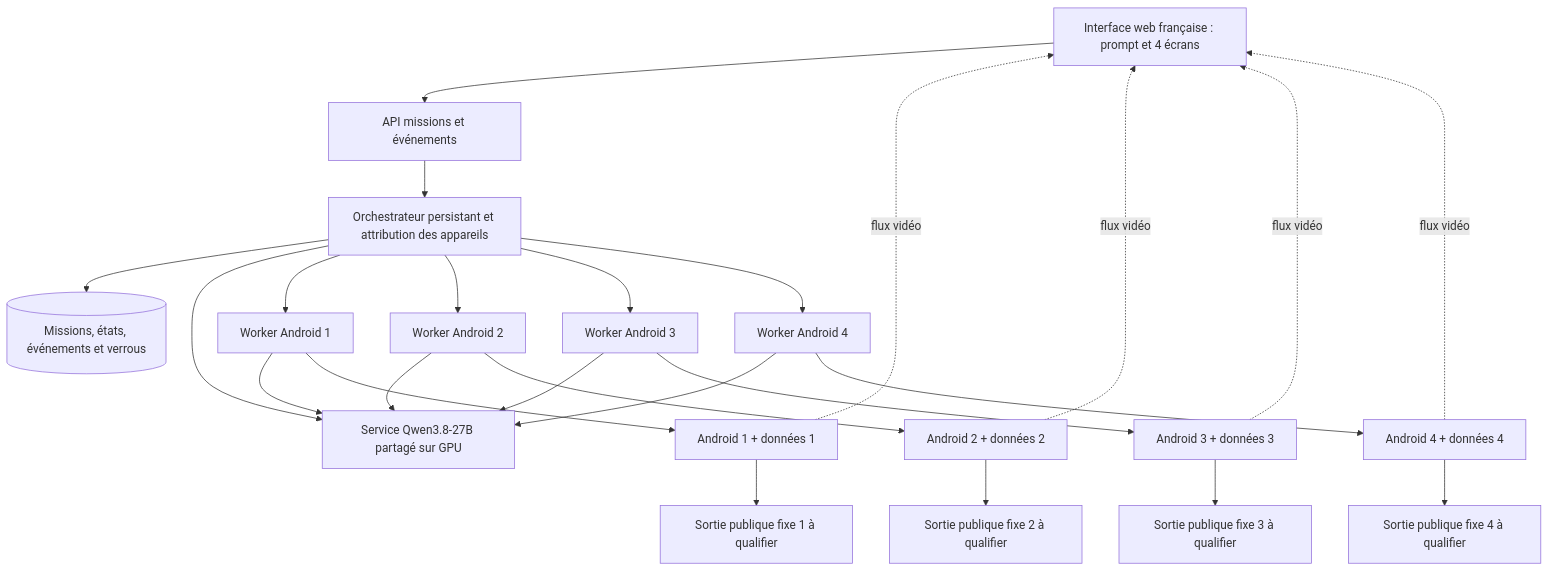
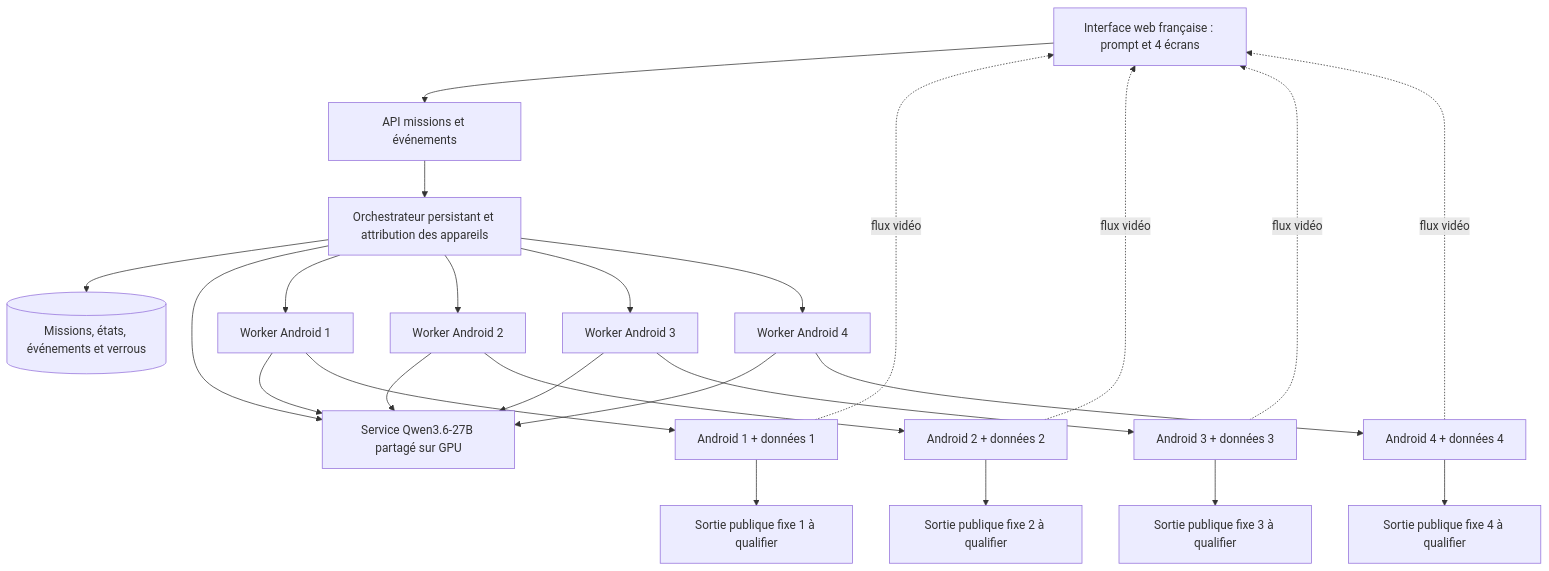
One commit to Matt95354855/android-llm-agent changed the diagram in docs/roadmap/CAHIER_DES_CHARGES.md. Above: the diagram before and after it, drawn with Mermaid. The commit also changed other lines of this file and 6 other files, not shown here.

````diff
--- a/docs/roadmap/CAHIER_DES_CHARGES.md
+++ b/docs/roadmap/CAHIER_DES_CHARGES.md
@@ -78,27 +78,27 @@
 ```mermaid
 flowchart TD
     U[Interface web française : prompt et 4 écrans] --> API[API missions et événements]
     API --> ORCH[Orchestrateur persistant et attribution des appareils]
     ORCH --> DB[(Missions, états, événements et verrous)]
-    ORCH --> Q[Service Qwen3.8-27B partagé sur GPU]
+    ORCH --> Q[Service Qwen3.6-27B partagé sur GPU]
     ORCH --> W1[Worker Android 1]
     ORCH --> W2[Worker Android 2]
     ORCH --> W3[Worker Android 3]
     ORCH --> W4[Worker Android 4]
     W1 --> Q
     W2 --> Q
     W3 --> Q
     W4 --> Q
     W1 --> A1[Android 1 + données 1]
     W2 --> A2[Android 2 + données 2]
     W3 --> A3[Android 3 + données 3]
     W4 --> A4[Android 4 + données 4]
     A1 --> E1[Sortie publique fixe 1 à qualifier]
     A2 --> E2[Sortie publique fixe 2 à qualifier]
     A3 --> E3[Sortie publique fixe 3 à qualifier]
     A4 --> E4[Sortie publique fixe 4 à qualifier]
     A1 -. flux vidéo .-> U
     A2 -. flux vidéo .-> U
     A3 -. flux vidéo .-> U
     A4 -. flux vidéo .-> U
 ```
````
